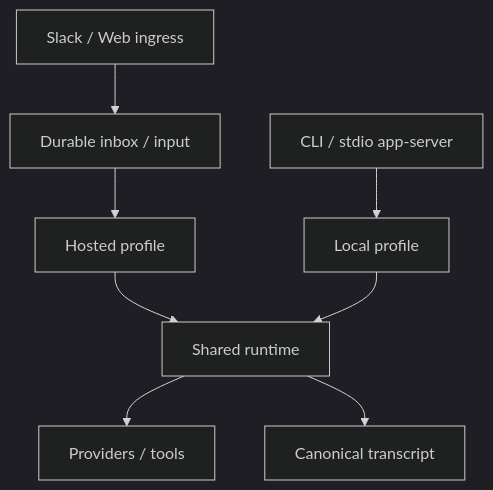
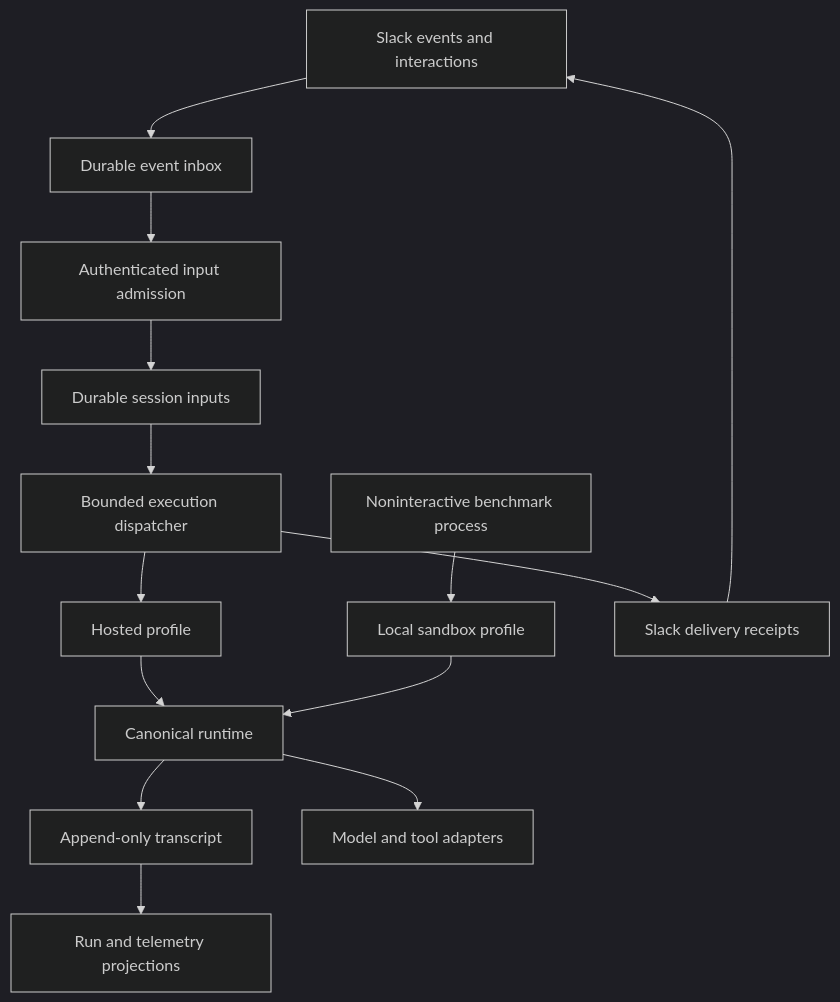
One commit to noknov/kepler-agent changed the diagram in docs/architecture.md. Above: the diagram before and after it, drawn with Mermaid (dark theme). The commit also changed other lines of this file and 624 other files, not shown here.

Commit message:
refactor: focus on Slack and harden durable execution boundaries

````diff
--- a/docs/architecture.md
+++ b/docs/architecture.md
@@ -7,10 +7,16 @@
 ```mermaid
 flowchart TD
-    H["Slack / Web ingress"] --> Q["Durable inbox / input"]
-    Q --> P["Hosted profile"]
-    L["CLI / stdio app-server"] --> LP["Local profile"]
-    P --> R["Shared runtime"]
-    LP --> R
-    R --> E["Providers / tools"]
-    R --> T["Canonical transcript"]
+ S[Slack events and interactions] --> I[Durable event inbox]
+ I --> A[Authenticated input admission]
+ A --> Q[Durable session inputs]
+ Q --> D[Bounded execution dispatcher]
+ D --> P[Hosted profile]
+ B[Noninteractive benchmark process] --> L[Local sandbox profile]
+ P --> R[Canonical runtime]
+ L --> R
+ R --> T[Append-only transcript]
+ R --> E[Model and tool adapters]
+ T --> V[Run and telemetry projections]
+ D --> F[Slack delivery receipts]
+ F --> S
 ```
````
